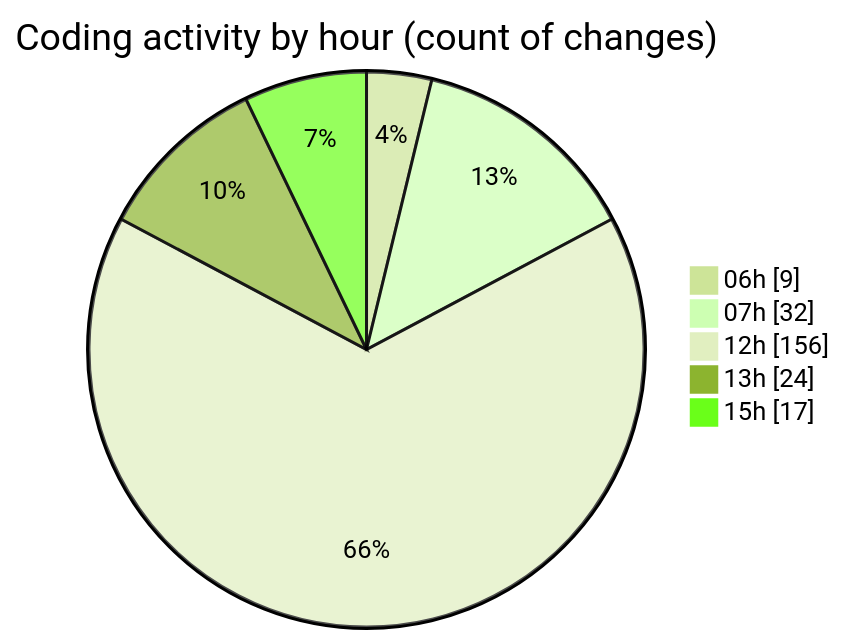
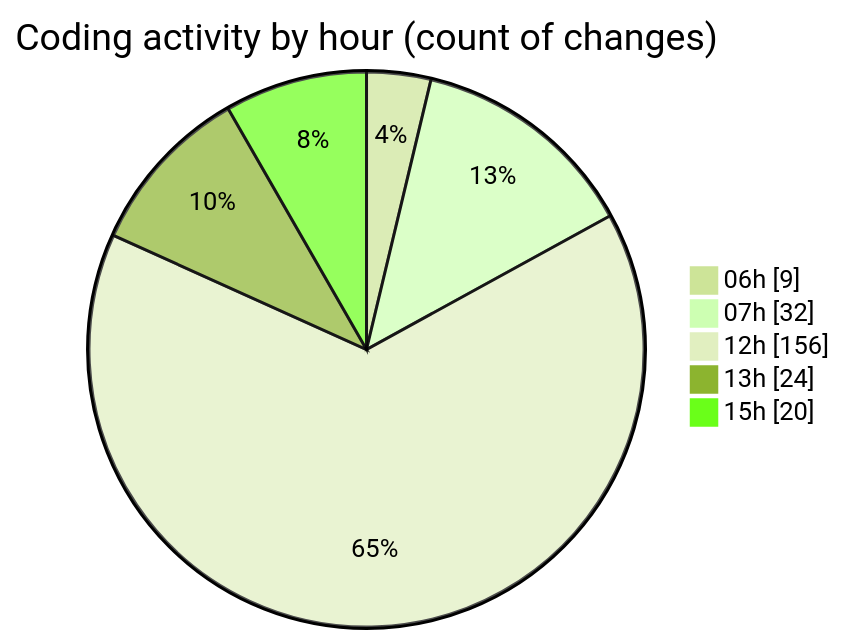
The second of 2 diagrams in 2025-02-18/mbc-web/README.md (robertbonfada/code-tracking), drawn with Mermaid (forest theme) before and after one commit. The commit also changed other lines of this file and 1 other file, not shown here.

````diff
--- a/2025-02-18/mbc-web/README.md
+++ b/2025-02-18/mbc-web/README.md
@@ -146,9 +146,9 @@
 ```mermaid
 pie showData
 title Coding activity by hour (count of changes)
 "06h" : 9
 "07h" : 32
 "12h" : 156
 "13h" : 24
-"15h" : 17
+"15h" : 20
 ```
````
